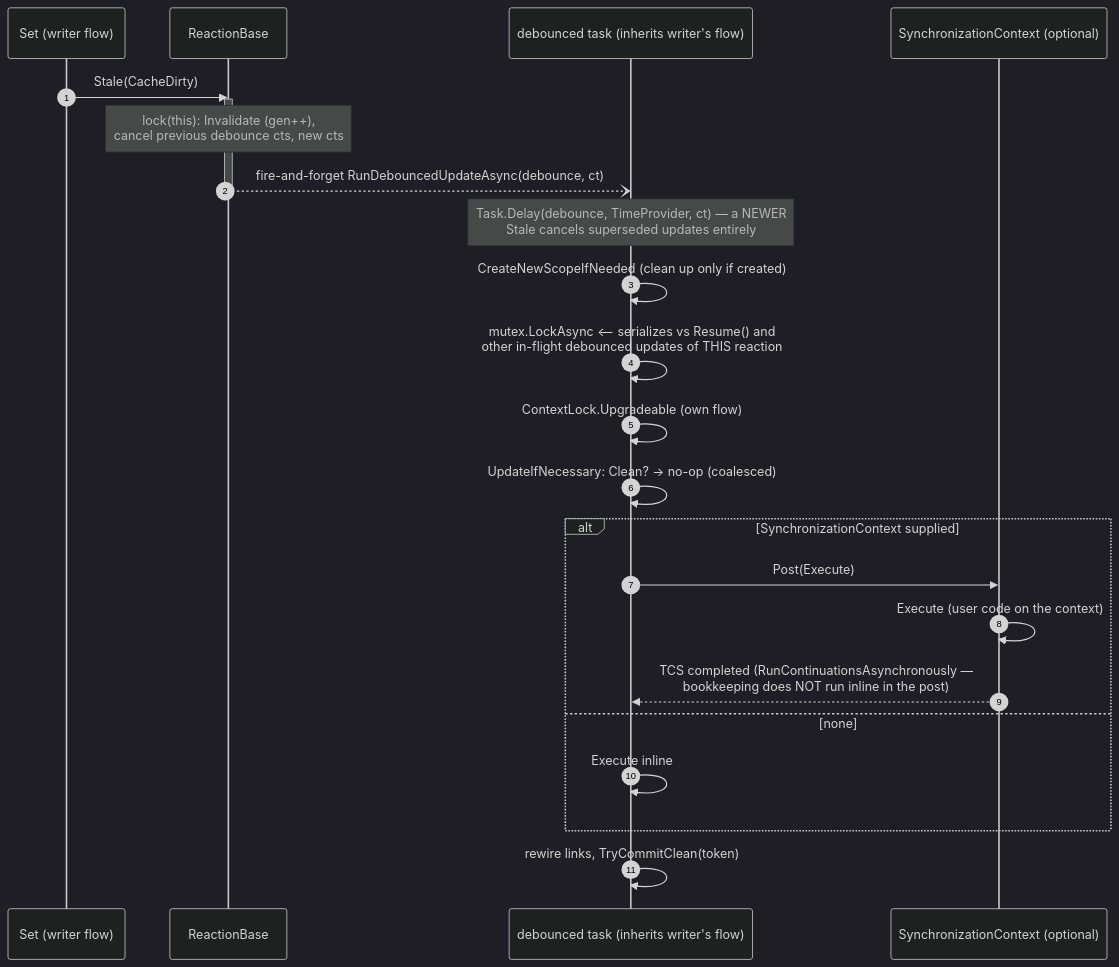
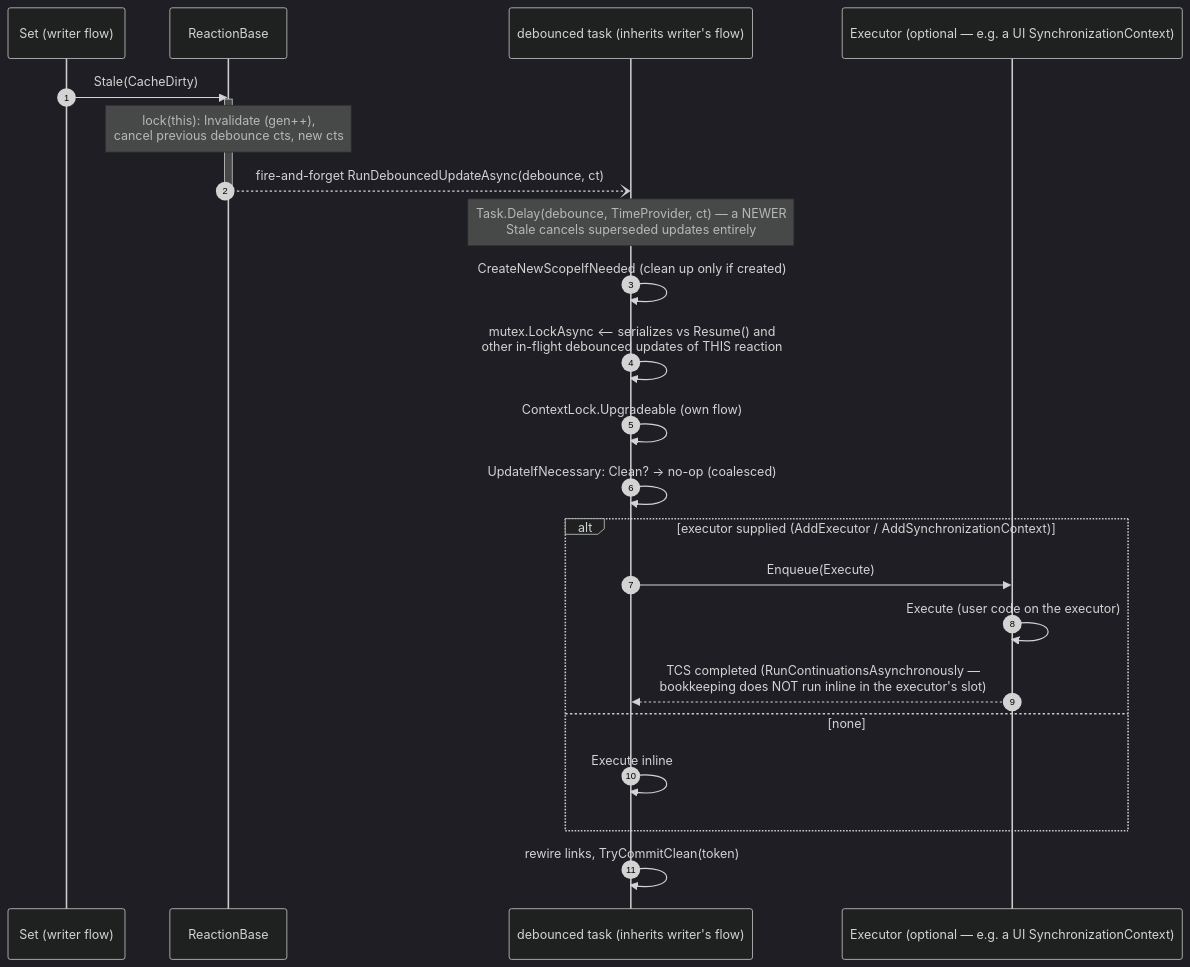
One commit to timonkrebs/MemoizR changed diagram 15 of 15 in docs/architecture/concurrency.md. Above: the diagram before and after it, drawn with Mermaid (dark theme). The commit also changed other lines of this file and 63 other files, not shown here.

````diff
--- a/docs/architecture/concurrency.md
+++ b/docs/architecture/concurrency.md
@@ -609,27 +609,27 @@
 ```mermaid
 sequenceDiagram
     autonumber
     participant W as Set (writer flow)
     participant R as ReactionBase
     participant D as debounced task (inherits writer's flow)
-    participant SC as SynchronizationContext (optional)
+    participant SC as Executor (optional — e.g. a UI SynchronizationContext)
 
     W->>R: Stale(CacheDirty)
     activate R
     Note over R: lock(this): Invalidate (gen++),<br/>cancel previous debounce cts, new cts
     R--)D: fire-and-forget RunDebouncedUpdateAsync(debounce, ct)
     deactivate R
     Note over D: Task.Delay(debounce, TimeProvider, ct) — a NEWER<br/>Stale cancels superseded updates entirely
     D->>D: CreateNewScopeIfNeeded (clean up only if created)
     D->>D: mutex.LockAsync  ⟵ serializes vs Resume() and<br/>other in-flight debounced updates of THIS reaction
     D->>D: ContextLock.Upgradeable (own flow)
     D->>D: UpdateIfNecessary: Clean? → no-op (coalesced)
-    alt SynchronizationContext supplied
-        D->>SC: Post(Execute)
-        SC->>SC: Execute (user code on the context)
-        SC-->>D: TCS completed (RunContinuationsAsynchronously —<br/>bookkeeping does NOT run inline in the post)
+    alt executor supplied (AddExecutor / AddSynchronizationContext)
+        D->>SC: Enqueue(Execute)
+        SC->>SC: Execute (user code on the executor)
+        SC-->>D: TCS completed (RunContinuationsAsynchronously —<br/>bookkeeping does NOT run inline in the executor's slot)
     else none
         D->>D: Execute inline
     end
     D->>D: rewire links, TryCommitClean(token)
 ```
````
